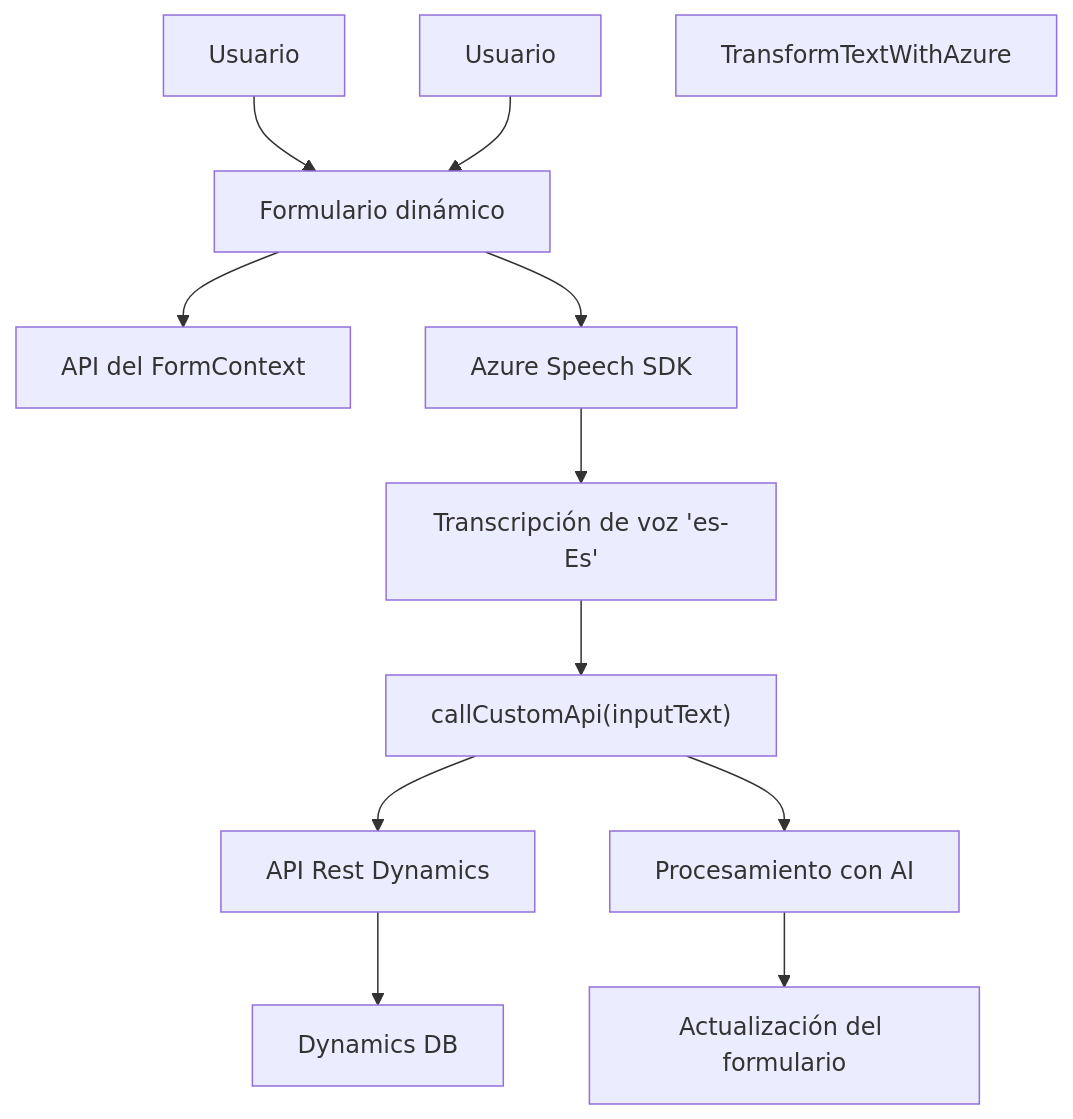
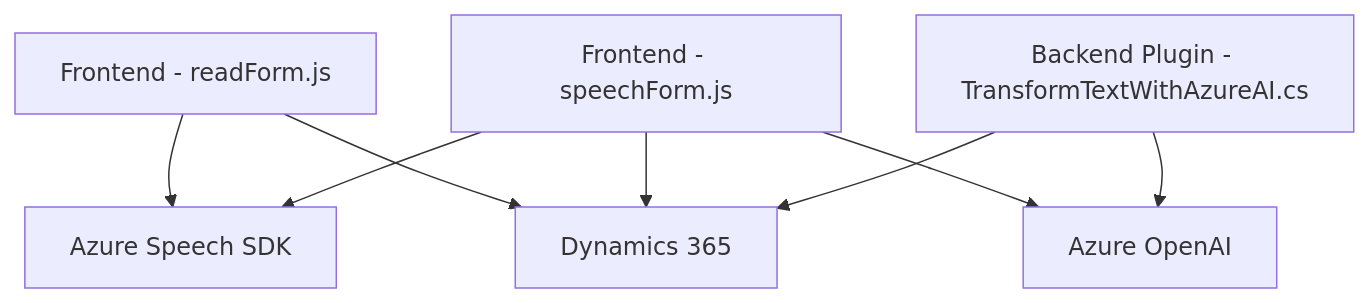
The diagram in README.md (blopezdm/NETCORE_BILBAO2025), drawn with Mermaid before and after one commit. The commit also changed other lines of this file, not shown here.

Commit message:
Actualizar análisis global de la solución con IA

````diff
--- a/README.md
+++ b/README.md
@@ -28,15 +41,17 @@
 ```mermaid
 graph TD
-    A["Usuario"] --> B["Formulario dinámico"]
-    B --> C["API del FormContext"]
-    B --> D["Azure Speech SDK"]
-    D --> E["Transcripción de voz 'es-Es'"]
-    E --> F["callCustomApi(inputText)"]
-    F --> G["API Rest Dynamics"]
-    F --> H["Procesamiento con AI"]
-    H --> I["Actualización del formulario"]
-    G --> J["Dynamics DB"]
+    A["Frontend - readForm.js"]
+    B["Frontend - speechForm.js"]
+    C["Backend Plugin - TransformTextWithAzureAI.cs"]
+    D["Azure Speech SDK"]
+    E["Azure OpenAI"]
+    F["Dynamics 365"]
 
-    Usuario --> B
-    plugin["TransformTextWithAzure"]
+    A --> D
+    A --> F
+    B --> D
+    B --> F
+    B --> E
+    C --> E
+    C --> F
 ```
````
